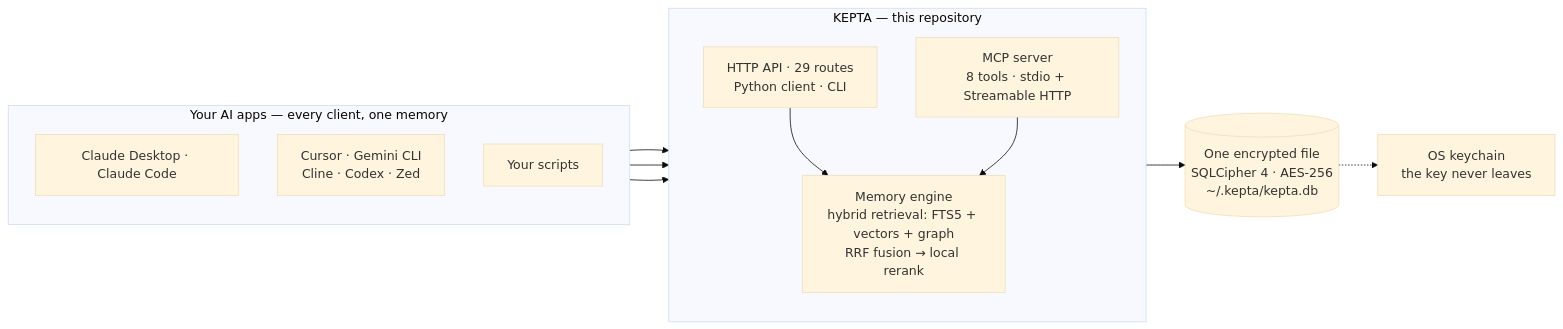
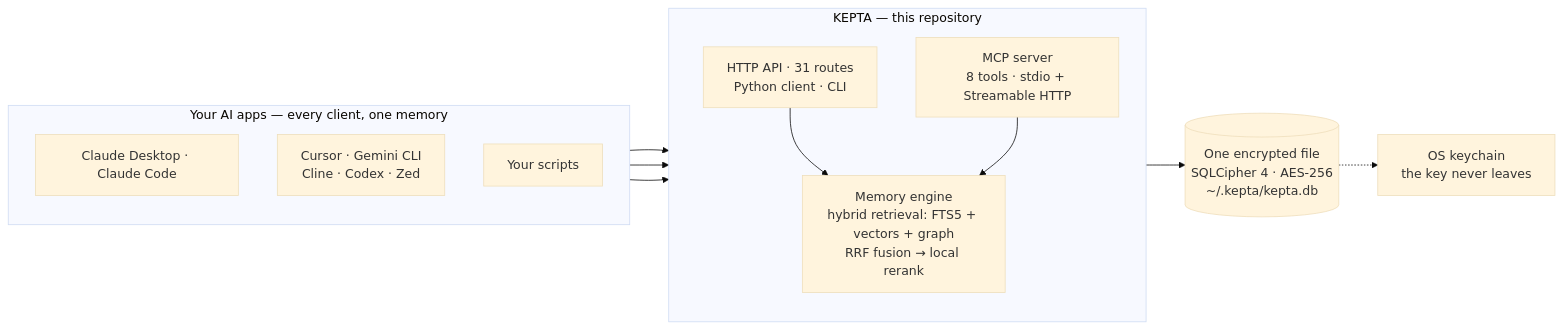
One commit to DamianTodorovic/kepta changed the first of 2 diagrams in README.md. Above: the diagram before and after it, drawn with Mermaid (base theme). The commit also changed other lines of this file and 7 other files, not shown here.

First line of the commit message:
feat: mcp tool parity over http — consolidate + forget routes, python client

````diff
--- a/README.md
+++ b/README.md
@@ -16,24 +16,24 @@
 ```mermaid
 flowchart LR
   subgraph Apps["Your AI apps — every client, one memory"]
     direction TB
     A["Claude Desktop · Claude Code"]
     B["Cursor · Gemini CLI<br/>Cline · Codex · Zed"]
     C["Your scripts"]
   end
   subgraph KEPTA["KEPTA — this repository"]
     direction TB
     M["MCP server<br/>8 tools · stdio + Streamable HTTP"]
-    G["HTTP API · 29 routes<br/>Python client · CLI"]
+    G["HTTP API · 31 routes<br/>Python client · CLI"]
     E["Memory engine<br/>hybrid retrieval: FTS5 + vectors + graph<br/>RRF fusion → local rerank"]
   end
   D[("One encrypted file<br/>SQLCipher 4 · AES-256<br/>~/.kepta/kepta.db")]
   K["OS keychain<br/>the key never leaves"]
   A --> M
   B --> M
   C --> G
   G --> E
   M --> E
   E --> D
   D -.-> K
 ```
````
